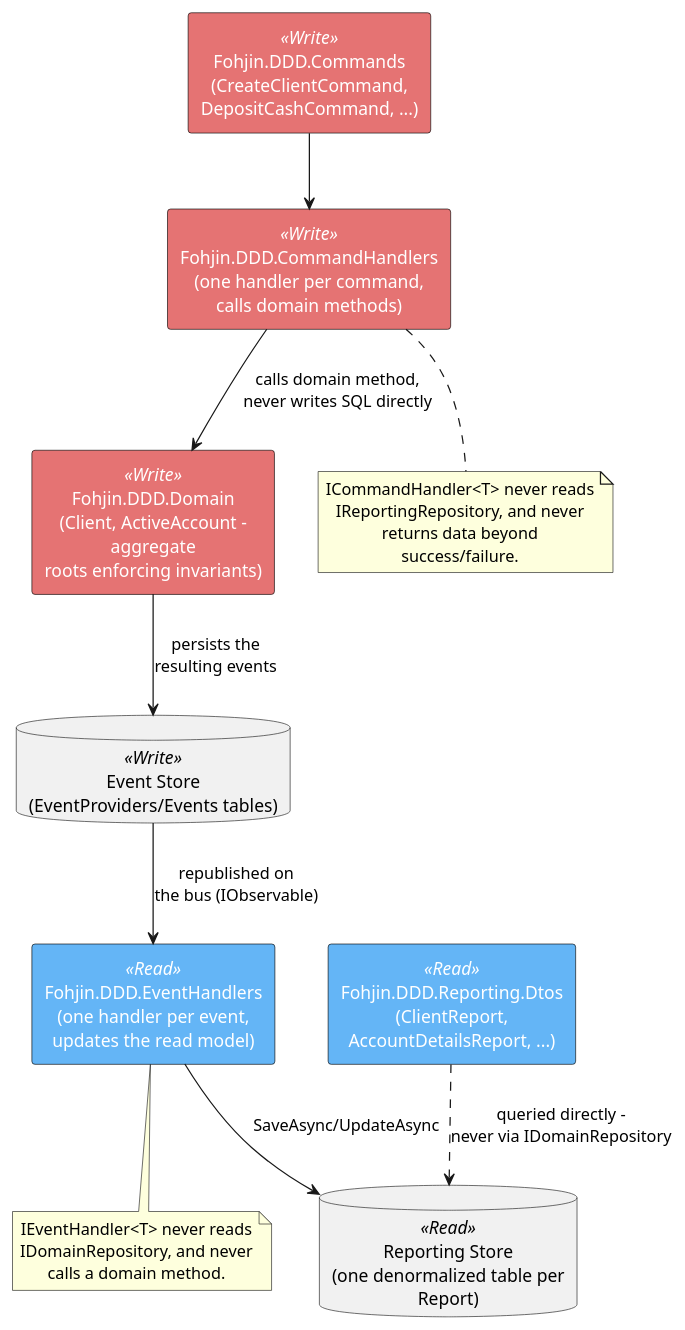
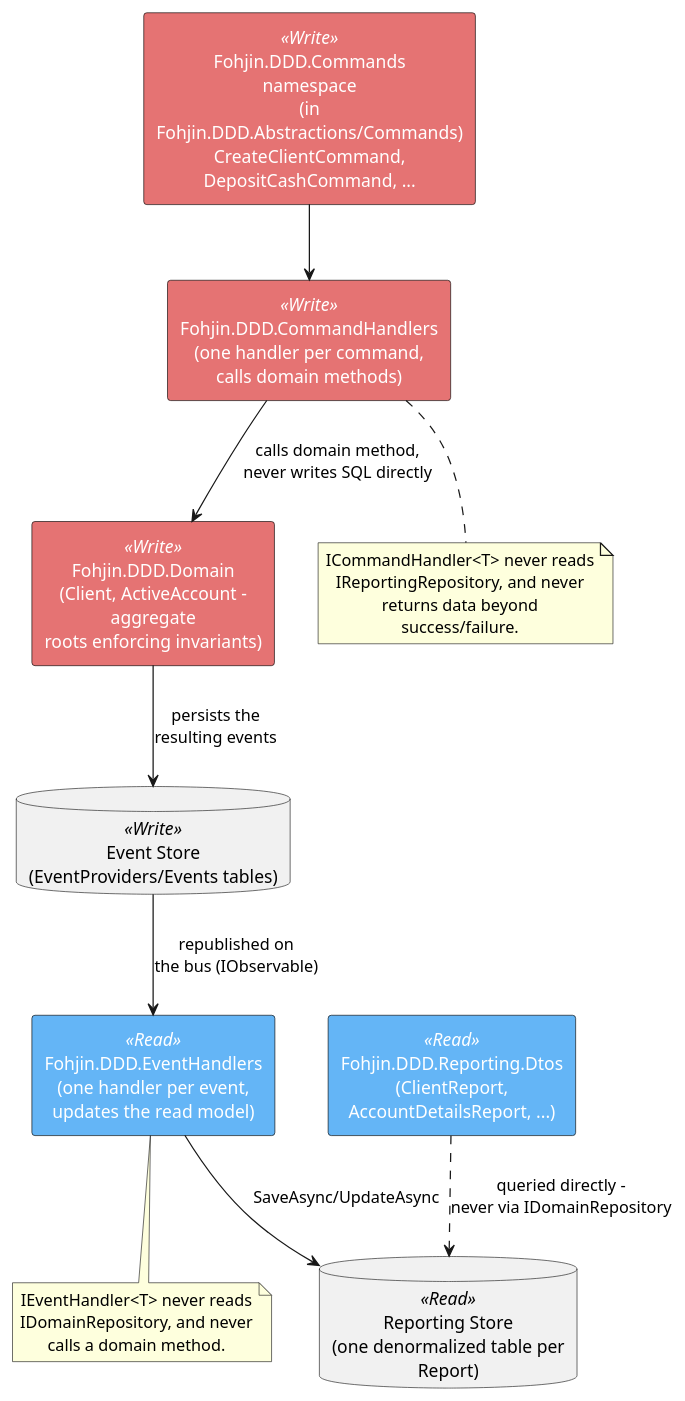
One commit to Mwwhited-BookLearning/fohjin-cqrs changed the second of 2 diagrams in docs/patterns/cqrs.md. Above: the diagram before and after it, drawn with PlantUML. The commit also changed other lines of this file and 25 other files, not shown here.

````diff
--- a/docs/patterns/cqrs.md
+++ b/docs/patterns/cqrs.md
@@ -68,40 +68,40 @@
 ```plantuml
 @startuml
 skinparam rectangle {
   BackgroundColor<<Write>> #e57373
   FontColor<<Write>> white
   BackgroundColor<<Read>> #64b5f6
   FontColor<<Read>> white
   BorderColor black
 }
 skinparam defaultTextAlignment center
 skinparam wrapWidth 220
 
-rectangle "Fohjin.DDD.Commands\n(CreateClientCommand, DepositCashCommand, ...)" <<Write>> as commands
+rectangle "Fohjin.DDD.Commands namespace\n(in Fohjin.DDD.Abstractions/Commands)\nCreateClientCommand, DepositCashCommand, ..." <<Write>> as commands
 rectangle "Fohjin.DDD.CommandHandlers\n(one handler per command,\ncalls domain methods)" <<Write>> as handlers
 rectangle "Fohjin.DDD.Domain\n(Client, ActiveAccount - aggregate\nroots enforcing invariants)" <<Write>> as domain
 database "Event Store\n(EventProviders/Events tables)" <<Write>> as eventstore
 
 rectangle "Fohjin.DDD.Reporting.Dtos\n(ClientReport, AccountDetailsReport, ...)" <<Read>> as dtos
 rectangle "Fohjin.DDD.EventHandlers\n(one handler per event,\nupdates the read model)" <<Read>> as eventhandlers
 database "Reporting Store\n(one denormalized table per Report)" <<Read>> as reportingstore
 
 commands --> handlers
 handlers --> domain : calls domain method,\nnever writes SQL directly
 domain --> eventstore : persists the\nresulting events
 eventstore --> eventhandlers : republished on\nthe bus (IObservable)
 eventhandlers --> reportingstore : SaveAsync/UpdateAsync
 dtos ..> reportingstore : queried directly -\nnever via IDomainRepository
 
 note bottom of handlers
   ICommandHandler<T> never reads
   IReportingRepository, and never
   returns data beyond success/failure.
 end note
 note bottom of eventhandlers
   IEventHandler<T> never reads
   IDomainRepository, and never
   calls a domain method.
 end note
 @enduml
 ```
````
